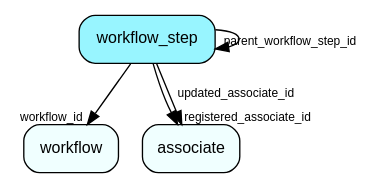
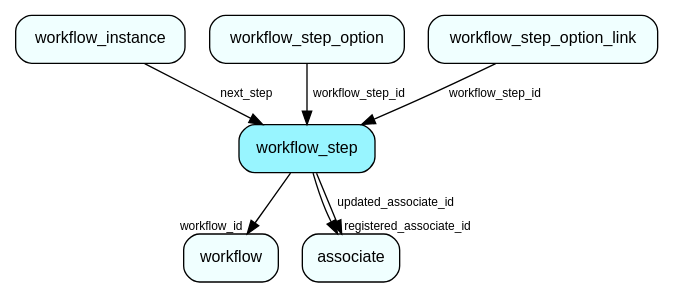
One commit to SuperOfficeDocs/superoffice-docs changed the diagram in docs/en/database/tables/media/workflow_step.dot. Above: the diagram before and after it, drawn with Graphviz. The commit also changed 680 other files, not shown here.

```diff
--- a/docs/en/database/tables/media/workflow_step.dot
+++ b/docs/en/database/tables/media/workflow_step.dot
@@ -1,12 +1,17 @@
 digraph workflow_step  {
 node [shape = box style="rounded, filled" fontname = "Helvetica" fontsize = "12" ]
 edge [fontname = "Helvetica" fontsize = "9"]
 
 workflow_step[fillcolor = "cadetblue1"]
 workflow[fillcolor = "azure1"]
 associate[fillcolor = "azure1"]
+workflow_instance[fillcolor = "azure1"]
+workflow_step_option[fillcolor = "azure1"]
+workflow_step_option_link[fillcolor = "azure1"]
 workflow_step -> workflow [headlabel = "workflow_id"]
-workflow_step -> workflow_step [headlabel = "parent_workflow_step_id"]
 workflow_step -> associate [headlabel = "registered_associate_id"]
 workflow_step -> associate [label = "updated_associate_id"]
+workflow_instance -> workflow_step [label = "next_step"]
+workflow_step_option -> workflow_step [label = "workflow_step_id"]
+workflow_step_option_link -> workflow_step [label = "workflow_step_id"]
 }
```
